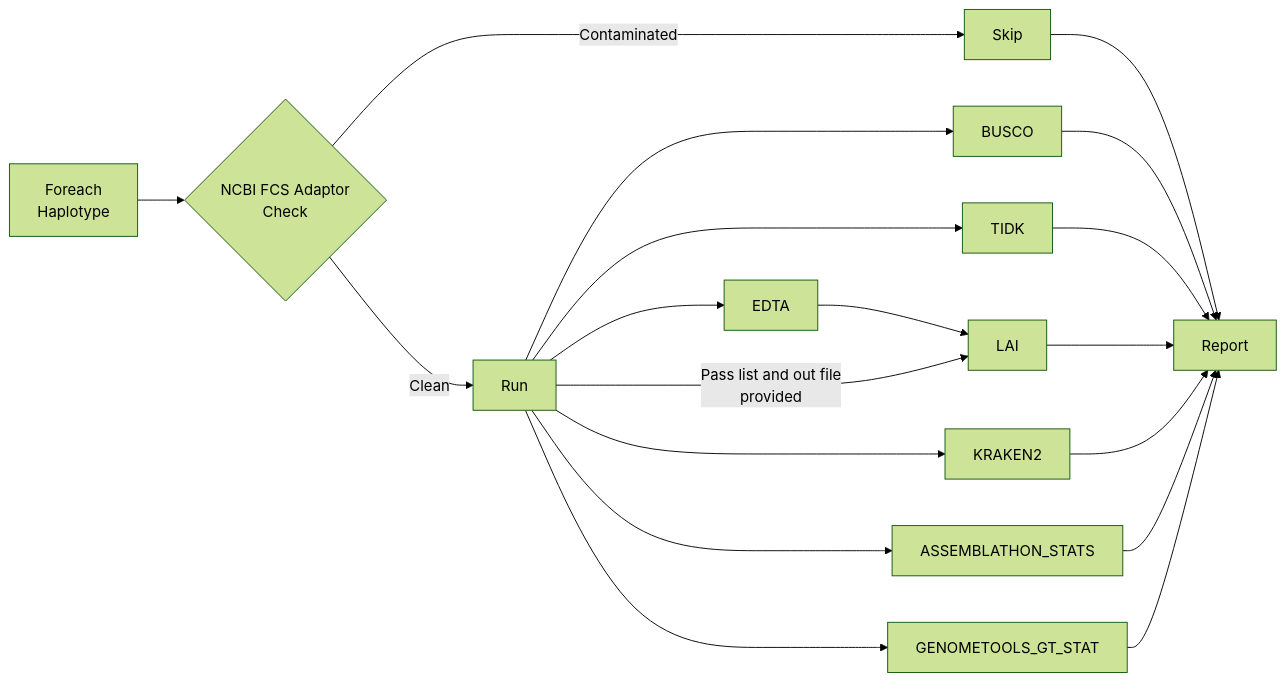
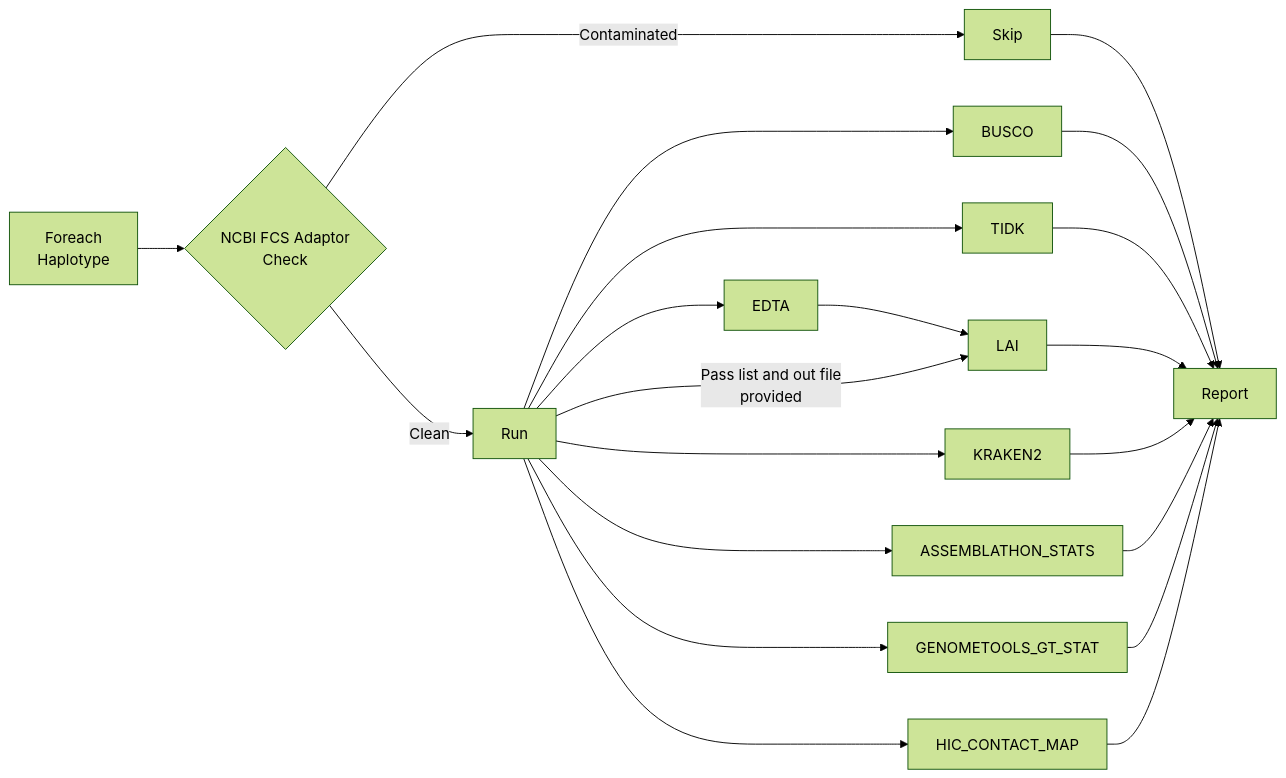
Before and after one commit to Plant-Food-Research-Open/assemblyqc: the diagram in README.md, drawn with Mermaid (forest theme). The commit also changed other lines of this file, not shown here.

````diff
--- a/README.md
+++ b/README.md
@@ -26,25 +26,27 @@
 ```mermaid
 flowchart LR
   forEachHap[Foreach\nHaplotype] --> ncbiFCS{NCBI FCS Adaptor\nCheck}
   ncbiFCS --> |Contaminated|Skip[Skip]
   ncbiFCS --> |Clean|Run
 
   Skip --> Report
   
   Run --> BUSCO
   Run --> TIDK
   Run --> EDTA
   EDTA --> LAI
   Run --> |Pass list and out file\nprovided|LAI
   Run --> KRAKEN2
   Run --> ASS_STATS[ASSEMBLATHON_STATS]
   Run --> GFF_STATS[GENOMETOOLS_GT_STAT]
+  Run --> HIC_CONTACT_MAP
 
 
   BUSCO --> Report
   TIDK --> Report
   LAI --> Report
   KRAKEN2 --> Report
   ASS_STATS --> Report
   GFF_STATS --> Report
+  HIC_CONTACT_MAP --> Report
 ```
````
